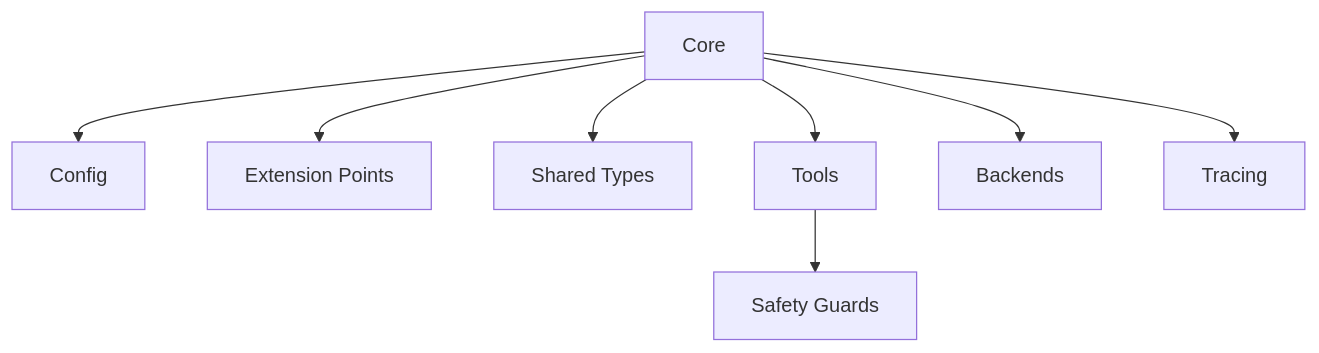
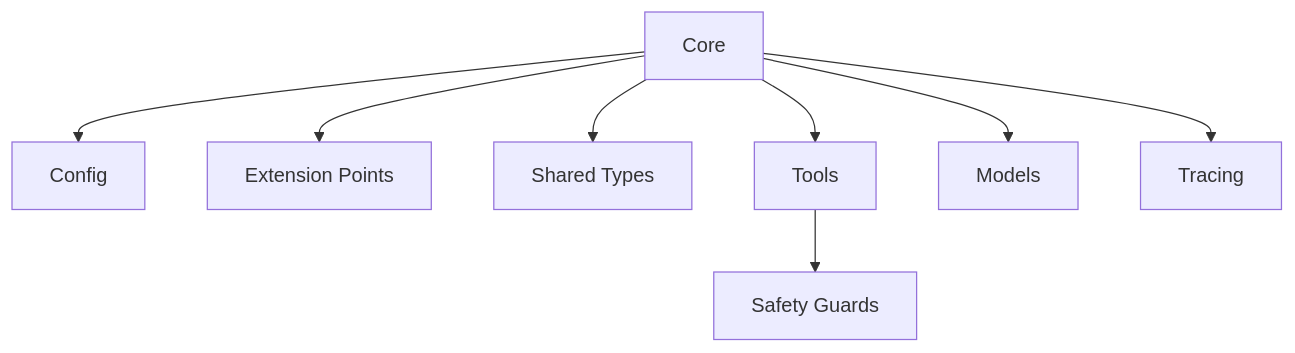
One commit to mtov/minixx changed the third of 4 diagrams in README.md. Above: the diagram before and after it, drawn with Mermaid. The commit also changed other lines of this file and 10 other files, not shown here.

````diff
--- a/README.md
+++ b/README.md
@@ -145,19 +145,19 @@
 ```mermaid
 flowchart TD
     A["Config"]
     B["Core"]
     C["Extension Points"]
     D["Shared Types"]
     E["Tools"]
-    F["Backends"]
+    F["Models"]
     G["Tracing"]
     H["Safety Guards"]
 
     B --> A
     B --> C
     B --> D
     B --> E
     B --> F
     B --> G
     E --> H
 ```
````
